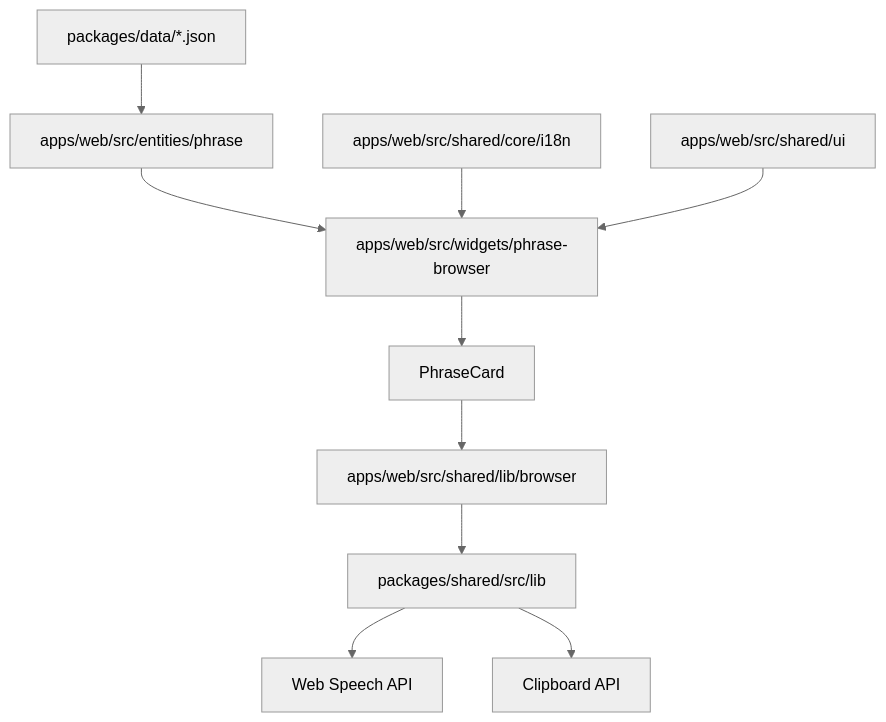
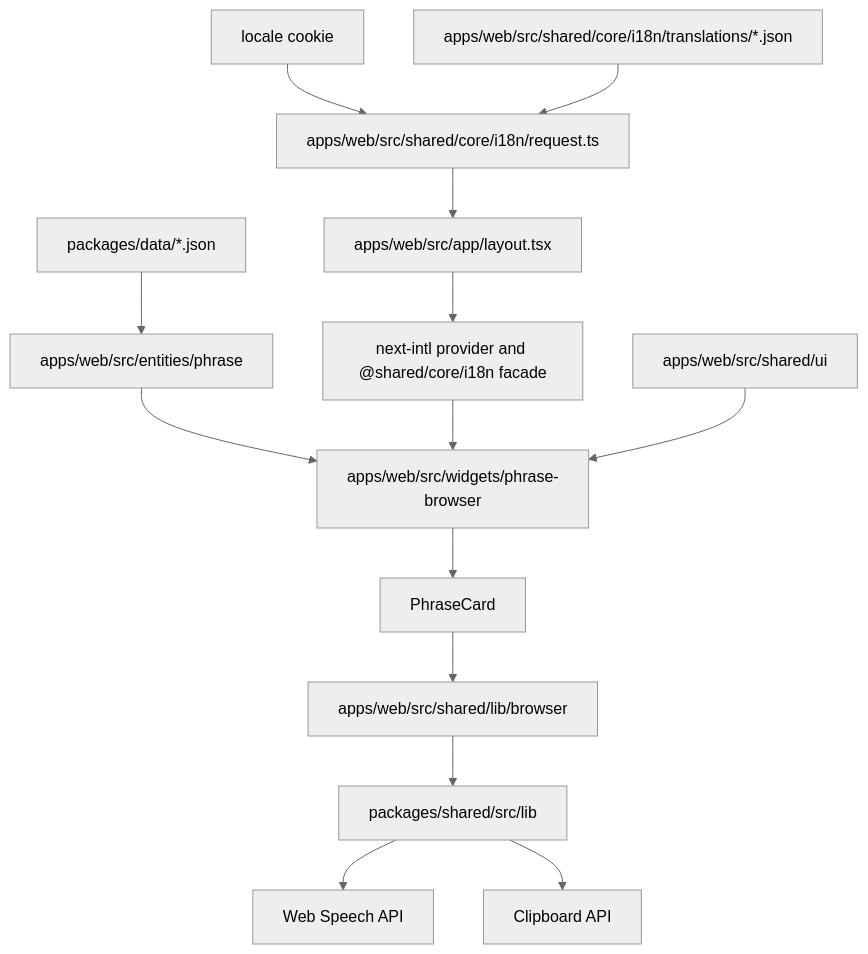
The first of 3 diagrams in .ai/project-map/data-flow.md (iziuk/Polite), drawn with Mermaid (neutral theme) before and after one commit. The commit also changed other lines of this file and 20 other files, not shown here.

````diff
--- a/.ai/project-map/data-flow.md
+++ b/.ai/project-map/data-flow.md
@@ -7,12 +7,16 @@
 ```mermaid
 flowchart TD
   Data["packages/data/*.json"] --> Entity["apps/web/src/entities/phrase"]
   Entity --> Widget["apps/web/src/widgets/phrase-browser"]
-  I18n["apps/web/src/shared/core/i18n"] --> Widget
+  Cookie["locale cookie"] --> I18nRequest["apps/web/src/shared/core/i18n/request.ts"]
+  Messages["apps/web/src/shared/core/i18n/translations/*.json"] --> I18nRequest
+  I18nRequest --> Layout["apps/web/src/app/layout.tsx"]
+  Layout --> I18n["next-intl provider and @shared/core/i18n facade"]
+  I18n --> Widget
   Ui["apps/web/src/shared/ui"] --> Widget
   Widget --> Card["PhraseCard"]
   Card --> BrowserFacade["apps/web/src/shared/lib/browser"]
   BrowserFacade --> SharedHelpers["packages/shared/src/lib"]
   SharedHelpers --> Speech["Web Speech API"]
   SharedHelpers --> Clipboard["Clipboard API"]
 ```
````
